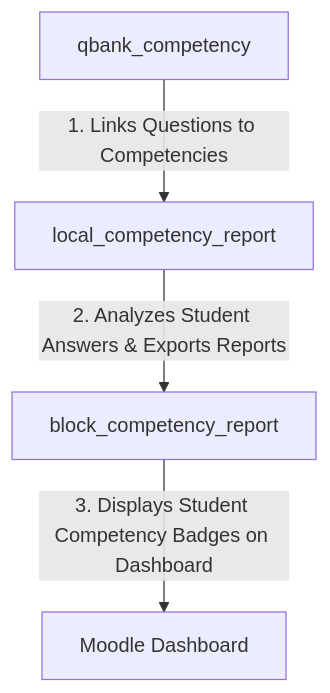
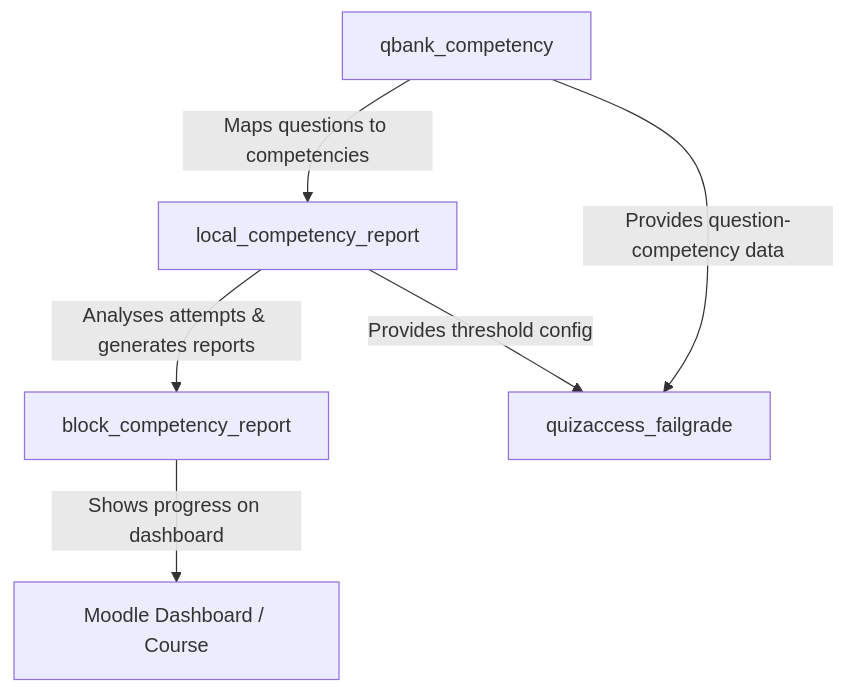
Before and after one commit to engfeda-ui/competency: the diagram in README.md, drawn with Mermaid. The commit also changed other lines of this file, not shown here.

````diff
--- a/README.md
+++ b/README.md
@@ -100,6 +115,8 @@
 ```mermaid
 graph TD
-    A[qbank_competency] -->|1. Links Questions to Competencies| B[local_competency_report]
-    B -->|2. Analyzes Student Answers & Exports Reports| C[block_competency_report]
-    C -->|3. Displays Student Competency Badges on Dashboard| D[Moodle Dashboard]
+    A[qbank_competency] -->|Maps questions to competencies| B[local_competency_report]
+    B -->|Analyses attempts & generates reports| C[block_competency_report]
+    C -->|Shows progress on dashboard| D[Moodle Dashboard / Course]
+    B -->|Provides threshold config| E[quizaccess_failgrade]
+    A -->|Provides question-competency data| E
 ```
````
